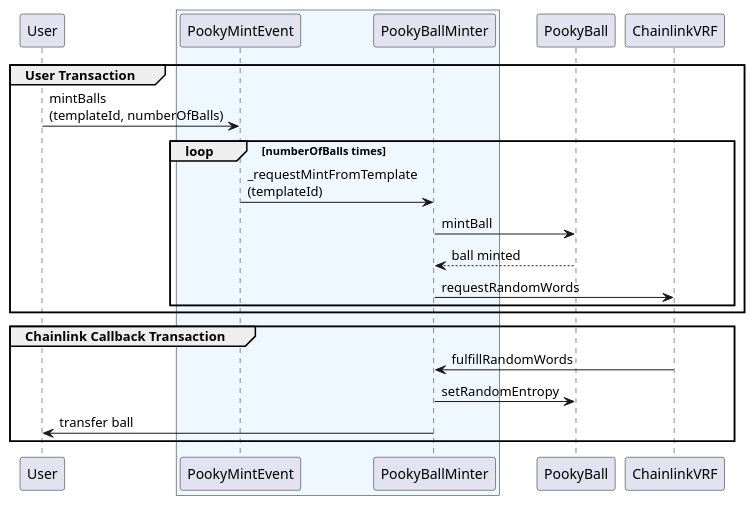
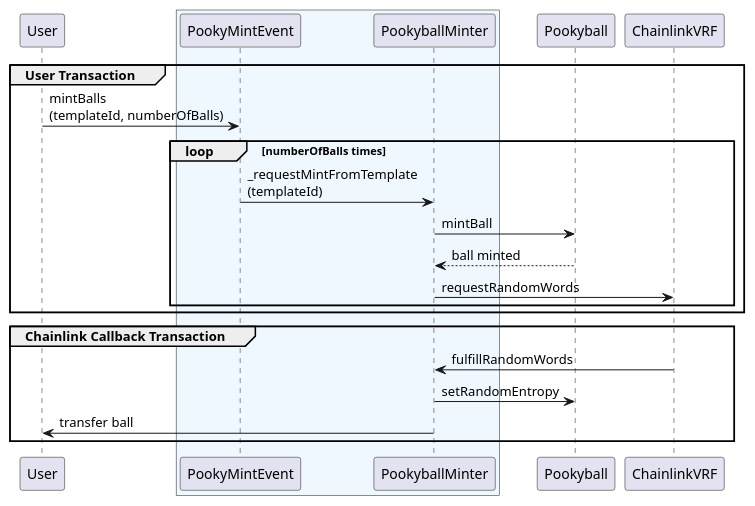
The diagram in diagrams/PookyMintEvent/userBuysFromContract.puml (pooky-labs/smart-contracts), drawn with PlantUML before and after one commit. The commit also changed 34 other files, not shown here.

First line of the commit message:
chore: rename `PookyBall` and `Pooky Ball` occurrences to `Pookyball`.

```diff
--- a/diagrams/PookyMintEvent/userBuysFromContract.puml
+++ b/diagrams/PookyMintEvent/userBuysFromContract.puml
@@ -1,26 +1,26 @@
 @startuml
 participant User
 box #F0F8FF
 participant PookyMintEvent
-participant PookyBallMinter
+participant PookyballMinter
 end box
-participant PookyBall
+participant Pookyball
 participant ChainlinkVRF
 
 group User Transaction
   User -> PookyMintEvent : mintBalls\n(templateId, numberOfBalls)
   group loop [numberOfBalls times]
-    PookyMintEvent -> PookyBallMinter : _requestMintFromTemplate\n(templateId)
-    PookyBallMinter -> PookyBall : mintBall
-    PookyBall --> PookyBallMinter : ball minted
-    PookyBallMinter -> ChainlinkVRF : requestRandomWords
+    PookyMintEvent -> PookyballMinter : _requestMintFromTemplate\n(templateId)
+    PookyballMinter -> Pookyball : mintBall
+    Pookyball --> PookyballMinter : ball minted
+    PookyballMinter -> ChainlinkVRF : requestRandomWords
   end
 end
 
 group Chainlink Callback Transaction
-  ChainlinkVRF -> PookyBallMinter : fulfillRandomWords
-  PookyBallMinter -> PookyBall : setRandomEntropy
-  PookyBallMinter -> User : transfer ball
+  ChainlinkVRF -> PookyballMinter : fulfillRandomWords
+  PookyballMinter -> Pookyball : setRandomEntropy
+  PookyballMinter -> User : transfer ball
 end
 
 @enduml
```
